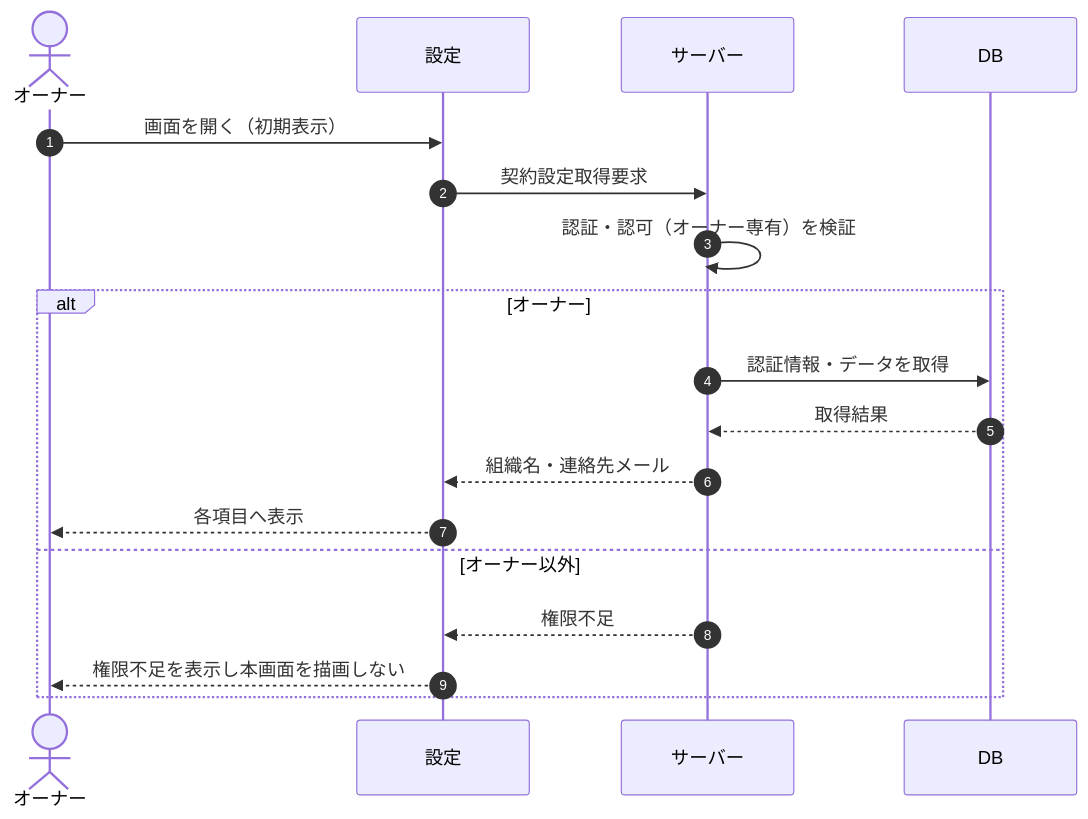
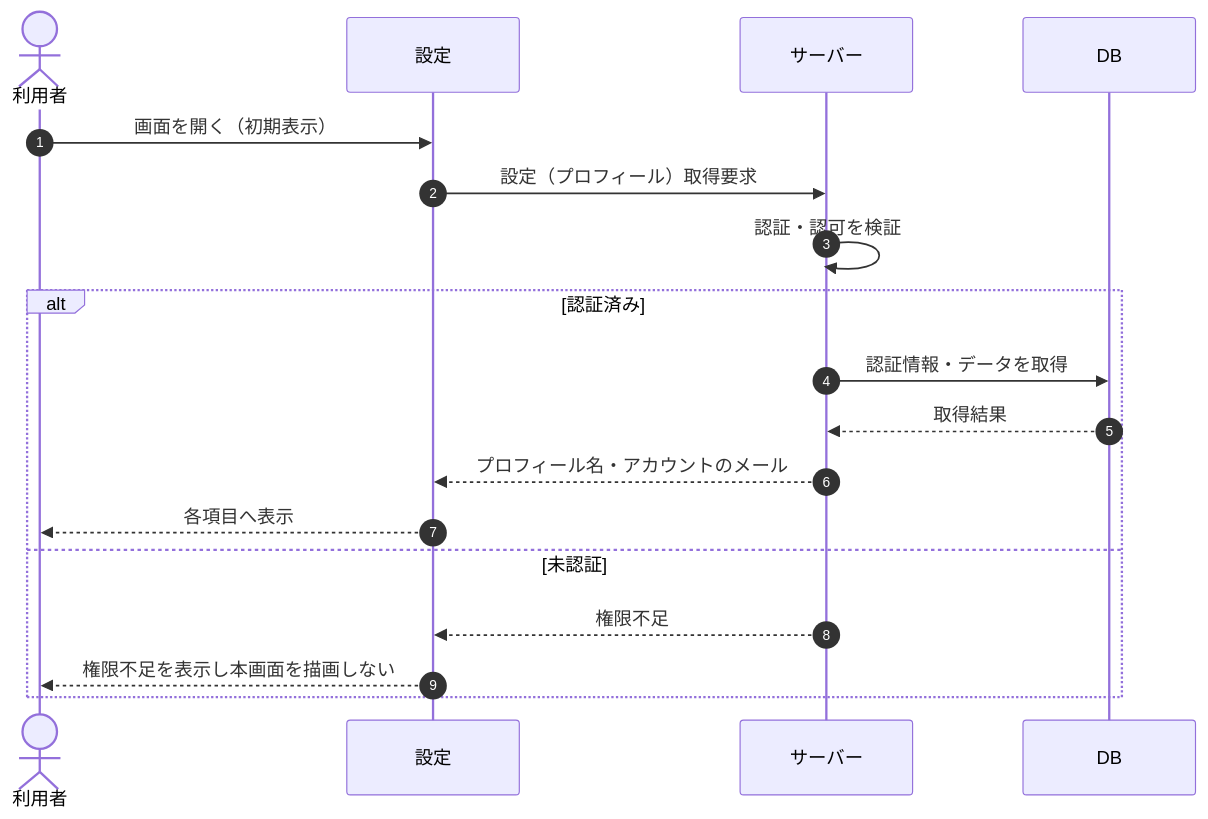
The diagram in 02_basic_design/03_sequences/SEQ-085.md (sikakou54/open-faq), drawn with Mermaid before and after one commit. The commit also changed other lines of this file and 294 other files, not shown here.

````diff
--- a/02_basic_design/03_sequences/SEQ-085.md
+++ b/02_basic_design/03_sequences/SEQ-085.md
@@ -24,20 +24,20 @@
 ```mermaid
 sequenceDiagram
   autonumber
-  actor U as オーナー
+  actor U as 利用者
   participant Screen as 設定
   participant Server as サーバー
   participant DB as DB
   U->>Screen: 画面を開く（初期表示）
-  Screen->>Server: 契約設定取得要求
-  Server->>Server: 認証・認可（オーナー専有）を検証
-  alt オーナー
+  Screen->>Server: 設定（プロフィール）取得要求
+  Server->>Server: 認証・認可を検証
+  alt 認証済み
     Server->>DB: 認証情報・データを取得
     DB-->>Server: 取得結果
-    Server-->>Screen: 組織名・連絡先メール
+    Server-->>Screen: プロフィール名・アカウントのメール
     Screen-->>U: 各項目へ表示
-  else オーナー以外
+  else 未認証
     Server-->>Screen: 権限不足
     Screen-->>U: 権限不足を表示し本画面を描画しない
   end
 ```
````
